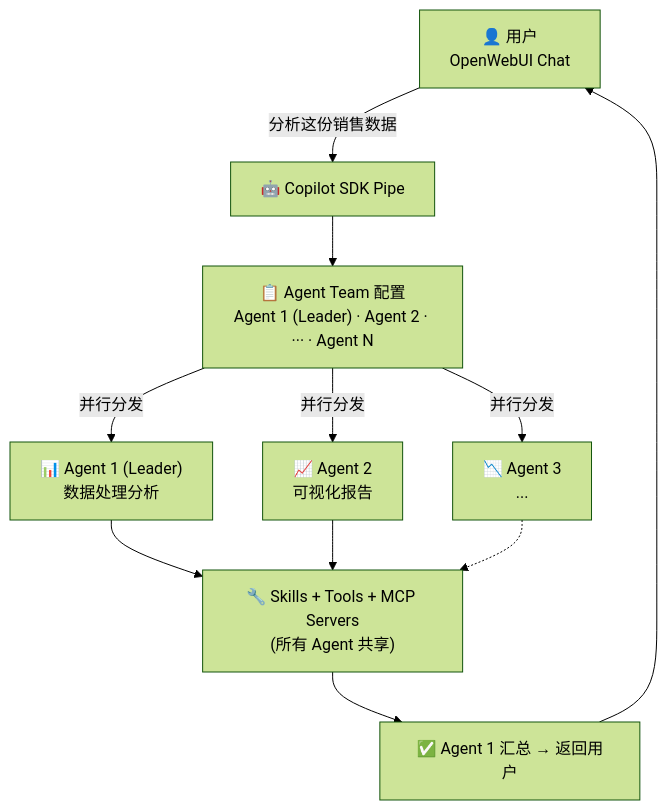
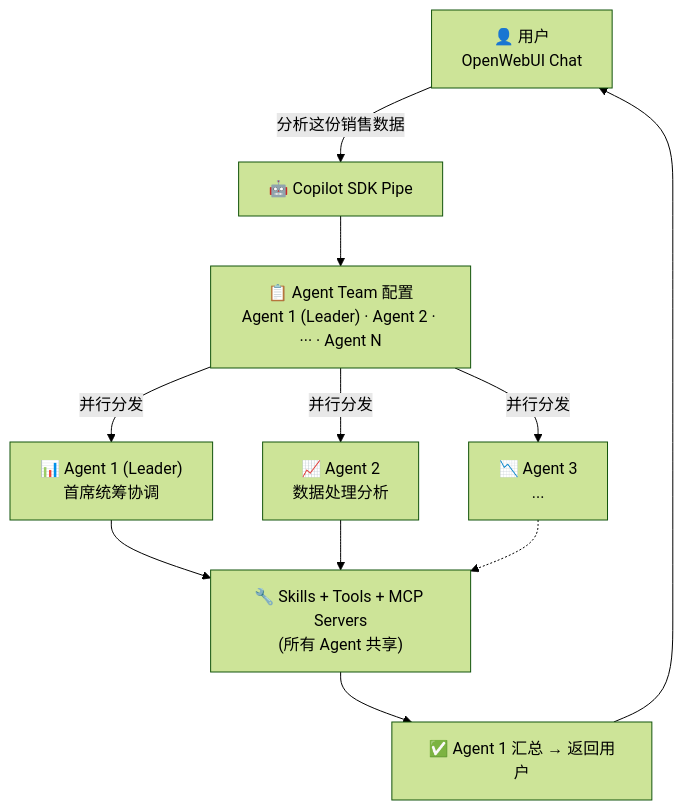
One commit to MarceloMassarente/openwebui-extensions changed the diagram in plugins/pipes/github-copilot-sdk/community_post_CN.md. Above: the diagram before and after it, drawn with Mermaid (forest theme). The commit also changed 1 other file, not shown here.

Commit message:
docs(github-copilot-sdk): fix Agent 1/2 role labels in Mermaid diagram

````diff
--- a/plugins/pipes/github-copilot-sdk/community_post_CN.md
+++ b/plugins/pipes/github-copilot-sdk/community_post_CN.md
@@ -31,22 +31,22 @@
 ```mermaid
 flowchart TD
     User["👤 用户<br/>OpenWebUI Chat"]
     Pipe["🤖 Copilot SDK Pipe"]
     Config["📋 Agent Team 配置<br/>Agent 1 (Leader) · Agent 2 · ··· · Agent N"]
-    A1["📊 Agent 1 (Leader)<br/>数据处理分析"]
-    A2["📈 Agent 2<br/>可视化报告"]
+    A1["📊 Agent 1 (Leader)<br/>首席统筹协调"]
+    A2["📈 Agent 2<br/>数据处理分析"]
     A3["📉 Agent 3<br/>..."]
     Tools["🔧 Skills + Tools + MCP Servers<br/>(所有 Agent 共享)"]
     Result["✅ Agent 1 汇总 → 返回用户"]
 
     User -->|"分析这份销售数据"| Pipe
     Pipe --> Config
     Config -->|"并行分发"| A1
     Config -->|"并行分发"| A2
     Config -->|"并行分发"| A3
     A1 --> Tools
     A2 --> Tools
     A3 -.-> Tools
     Tools --> Result
     Result --> User
 ```
````
